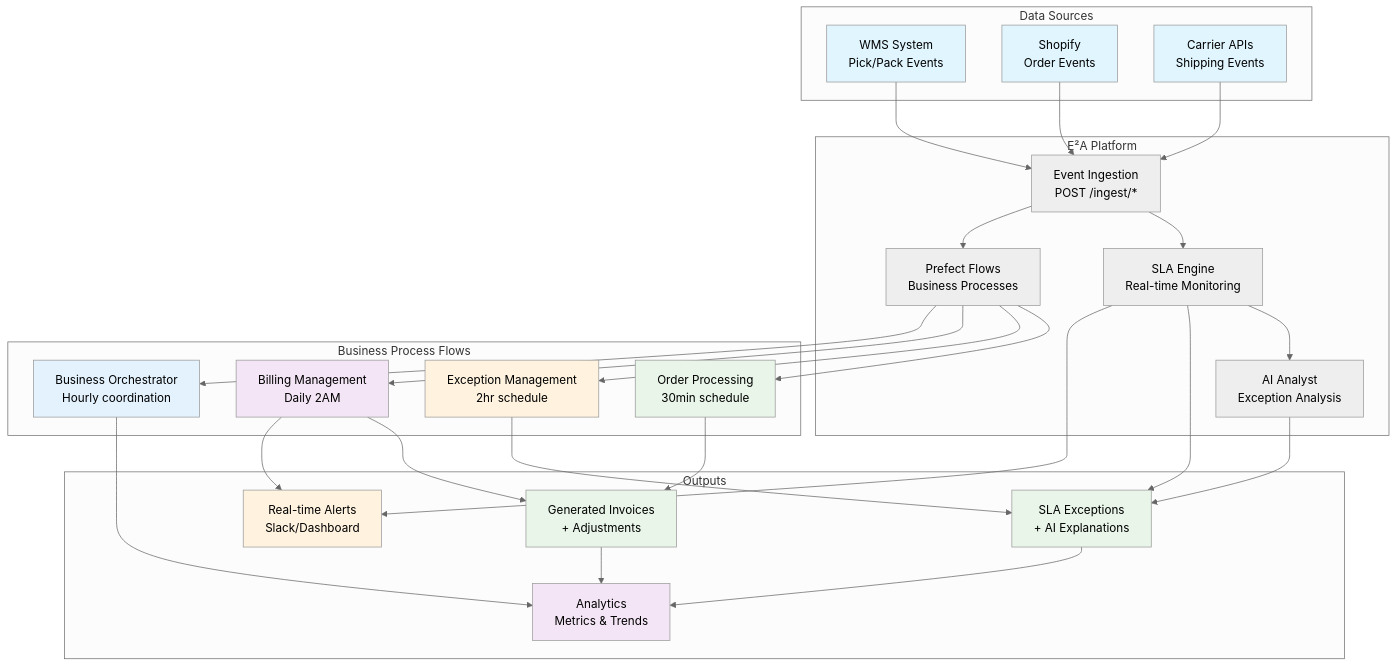
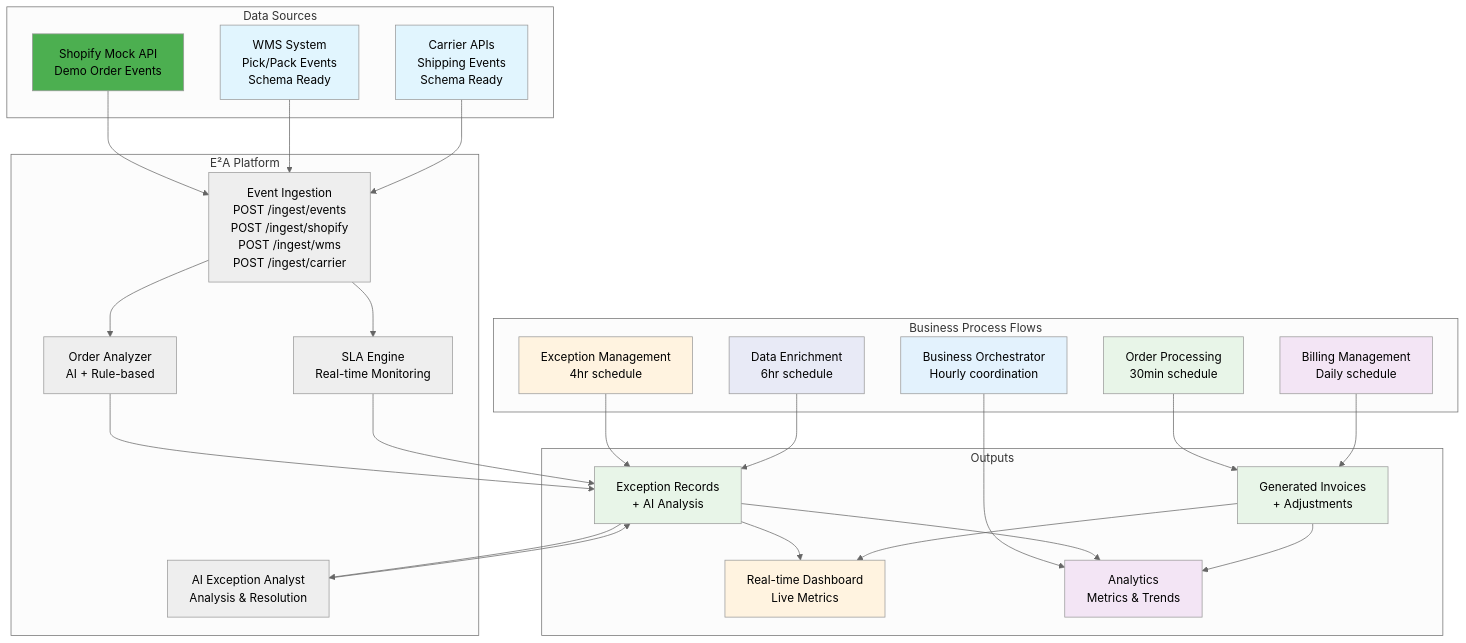
Before and after one commit to chernistry/e2a: the first of 4 diagrams in README.md, drawn with Mermaid (neutral theme). The commit also changed other lines of this file, not shown here.

````diff
--- a/README.md
+++ b/README.md
@@ -137,67 +145,66 @@
 ```mermaid
 flowchart TD
     subgraph "Data Sources"
-        WMS[WMS System<br/>Pick/Pack Events]
-        SHOPIFY[Shopify<br/>Order Events]
-        CARRIER[Carrier APIs<br/>Shipping Events]
+        SHOPIFY_MOCK[Shopify Mock API<br/>Demo Order Events]
+        WMS[WMS System<br/>Pick/Pack Events<br/>Schema Ready]
+        CARRIER[Carrier APIs<br/>Shipping Events<br/>Schema Ready]
     end
     
     subgraph "E²A Platform"
-        INGEST[Event Ingestion<br/>POST /ingest/*]
+        INGEST[Event Ingestion<br/>POST /ingest/events<br/>POST /ingest/shopify<br/>POST /ingest/wms<br/>POST /ingest/carrier]
+        ORDER_ANALYZER[Order Analyzer<br/>AI + Rule-based]
         SLA[SLA Engine<br/>Real-time Monitoring]
-        AI[AI Analyst<br/>Exception Analysis]
-        PREFECT[Prefect Flows<br/>Business Processes]
+        AI[AI Exception Analyst<br/>Analysis & Resolution]
     end
     
     subgraph "Business Process Flows"
         ORDER[Order Processing<br/>30min schedule]
-        EXCEPTION[Exception Management<br/>2hr schedule]
-        BILLING[Billing Management<br/>Daily 2AM]
+        EXCEPTION[Exception Management<br/>4hr schedule]
+        BILLING[Billing Management<br/>Daily schedule]
         ORCHESTRATOR[Business Orchestrator<br/>Hourly coordination]
+        DATA_ENRICHMENT[Data Enrichment<br/>6hr schedule]
     end
     
     subgraph "Outputs"
-        EXCEPTIONS[SLA Exceptions<br/>+ AI Explanations]
+        EXCEPTIONS[Exception Records<br/>+ AI Analysis]
         INVOICES[Generated Invoices<br/>+ Adjustments]
-        ALERTS[Real-time Alerts<br/>Slack/Dashboard]
+        DASHBOARD[Real-time Dashboard<br/>Live Metrics]
         REPORTS[Analytics<br/>Metrics & Trends]
     end
     
+    SHOPIFY_MOCK --> INGEST
     WMS --> INGEST
-    SHOPIFY --> INGEST
     CARRIER --> INGEST
     
+    INGEST --> ORDER_ANALYZER
+    ORDER_ANALYZER --> EXCEPTIONS
     INGEST --> SLA
-    SLA --> AI
     SLA --> EXCEPTIONS
     
-    INGEST --> PREFECT
-    PREFECT --> ORDER
-    PREFECT --> EXCEPTION
-    PREFECT --> BILLING
-    PREFECT --> ORCHESTRATOR
+    EXCEPTIONS --> AI
+    AI --> EXCEPTIONS
     
     ORDER --> INVOICES
     EXCEPTION --> EXCEPTIONS
     BILLING --> INVOICES
     ORCHESTRATOR --> REPORTS
+    DATA_ENRICHMENT --> EXCEPTIONS
     
-    AI --> EXCEPTIONS
-    SLA --> ALERTS
-    BILLING --> ALERTS
-    
+    EXCEPTIONS --> DASHBOARD
+    INVOICES --> DASHBOARD
     EXCEPTIONS --> REPORTS
     INVOICES --> REPORTS
     
+    style SHOPIFY_MOCK fill:#4caf50
     style WMS fill:#e1f5fe
-    style SHOPIFY fill:#e1f5fe
     style CARRIER fill:#e1f5fe
     style ORDER fill:#e8f5e8
     style EXCEPTION fill:#fff3e0
     style BILLING fill:#f3e5f5
     style ORCHESTRATOR fill:#e3f2fd
+    style DATA_ENRICHMENT fill:#e8eaf6
     style EXCEPTIONS fill:#e8f5e8
     style INVOICES fill:#e8f5e8
-    style ALERTS fill:#fff3e0
+    style DASHBOARD fill:#fff3e0
     style REPORTS fill:#f3e5f5
 ```
````
